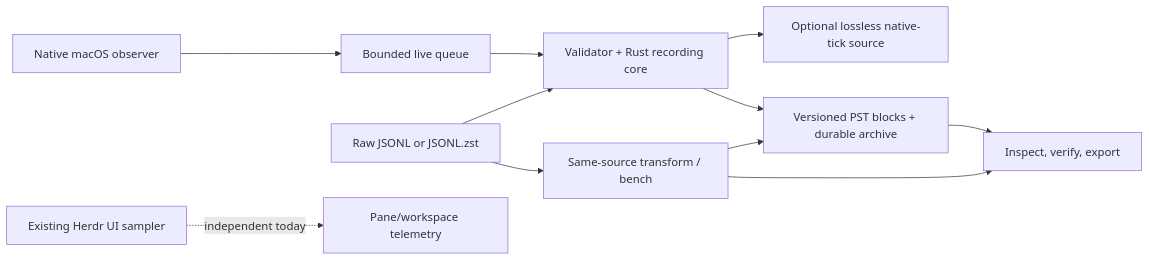
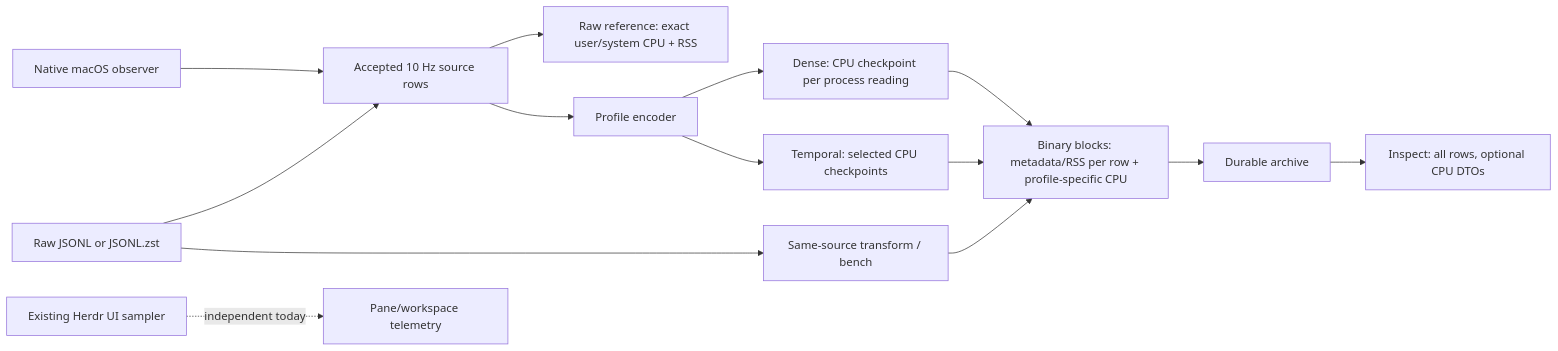
The diagram in herdr-plugins/pane-load/RECORDING_PLAN.md (unphased/vim-config), drawn with Mermaid before and after one commit. The commit also changed other lines of this file and 3 other files, not shown here.

Commit message:
Document temporal CPU recording profiles

````diff
--- a/herdr-plugins/pane-load/RECORDING_PLAN.md
+++ b/herdr-plugins/pane-load/RECORDING_PLAN.md
@@ -10,13 +10,16 @@
 ```mermaid
 flowchart LR
-  OS[Native macOS observer] --> Q[Bounded live queue]
-  Q --> C[Validator + Rust recording core]
-  J[Raw JSONL or JSONL.zst] --> C
-  C --> R[Optional lossless native-tick source]
-  C --> B[Versioned PST blocks + durable archive]
-  B --> I[Inspect, verify, export]
+  OS[Native macOS observer] --> Q[Accepted 10 Hz source rows]
+  J[Raw JSONL or JSONL.zst] --> Q
+  Q --> R[Raw reference: exact user/system CPU + RSS]
+  Q --> E[Profile encoder]
+  E --> D[Dense: CPU checkpoint per process reading]
+  E --> S[Temporal: selected CPU checkpoints]
+  D --> B[Binary blocks: metadata/RSS per row + profile-specific CPU]
+  S --> B
+  B --> A[Durable archive]
+  A --> I[Inspect: all rows, optional CPU DTOs]
   J --> T[Same-source transform / bench]
   T --> B
-  T --> I
   UI[Existing Herdr UI sampler] -. independent today .-> Herdr[Pane/workspace telemetry]
 ```
````
